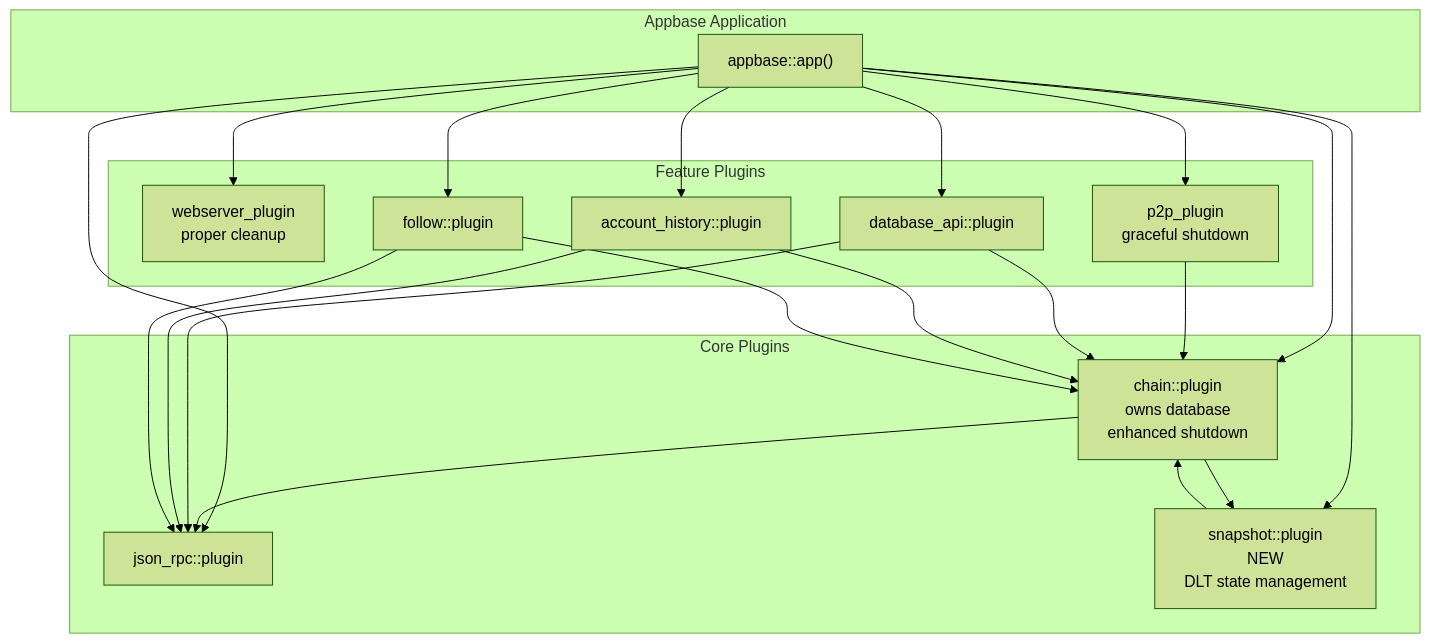
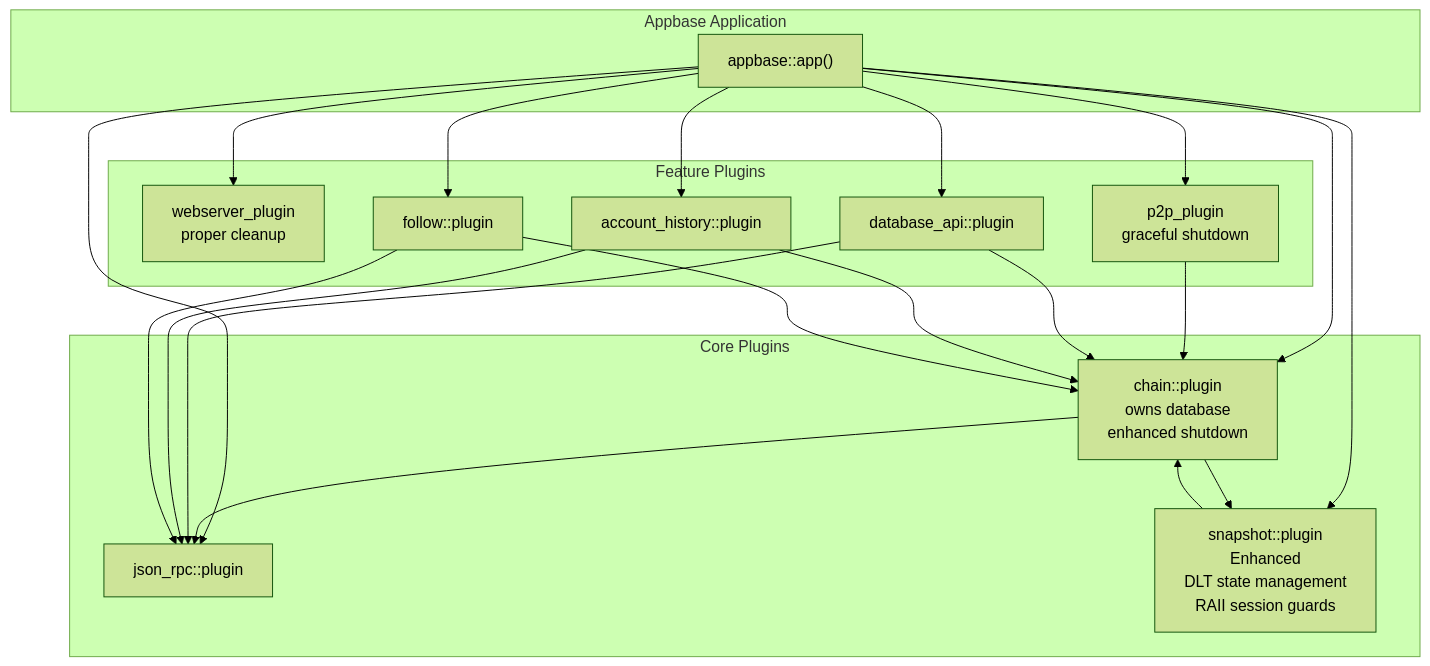
One commit to VIZ-Blockchain/viz-cpp-node changed the second of 17 diagrams in .qoder/repowiki/en/content/Architecture Overview/Plugin Architecture/Plugin Architecture.md. Above: the diagram before and after it, drawn with Mermaid (forest theme). The commit also changed other lines of this file and 4 other files, not shown here.

````diff
--- a/.qoder/repowiki/en/content/Architecture Overview/Plugin Architecture/Plugin Architecture.md
+++ b/.qoder/repowiki/en/content/Architecture Overview/Plugin Architecture/Plugin Architecture.md
@@ -128,36 +130,36 @@
 ```mermaid
 graph TB
 subgraph "Appbase Application"
 APP["appbase::app()"]
 end
 subgraph "Core Plugins"
 CHAIN["chain::plugin<br/>owns database<br/>enhanced shutdown"]
 JSONRPC["json_rpc::plugin"]
-SNAPSHOT["snapshot::plugin<br/>NEW<br/>DLT state management"]
+SNAPSHOT["snapshot::plugin<br/>Enhanced<br/>DLT state management<br/>RAII session guards"]
 end
 subgraph "Feature Plugins"
 WS["webserver_plugin<br/>proper cleanup"]
 P2P["p2p_plugin<br/>graceful shutdown"]
 DBAPI["database_api::plugin"]
 AH["account_history::plugin"]
 FOLLOW["follow::plugin"]
 end
 APP --> CHAIN
 APP --> JSONRPC
 APP --> SNAPSHOT
 APP --> WS
 APP --> P2P
 APP --> DBAPI
 APP --> AH
 APP --> FOLLOW
 CHAIN --> JSONRPC
 CHAIN --> SNAPSHOT
 P2P --> CHAIN
 DBAPI --> CHAIN
 DBAPI --> JSONRPC
 AH --> CHAIN
 AH --> JSONRPC
 FOLLOW --> CHAIN
 FOLLOW --> JSONRPC
 SNAPSHOT --> CHAIN
 ```
````
